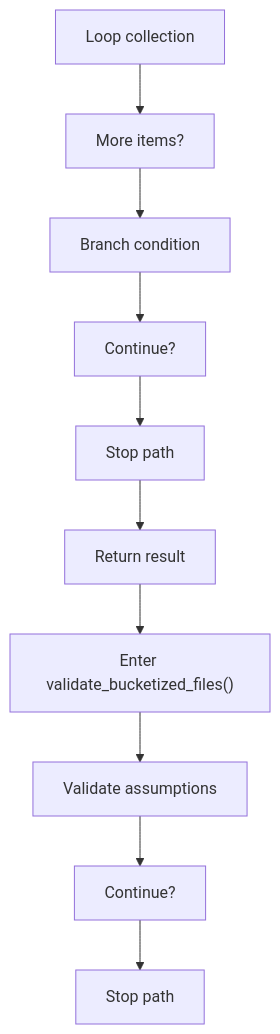
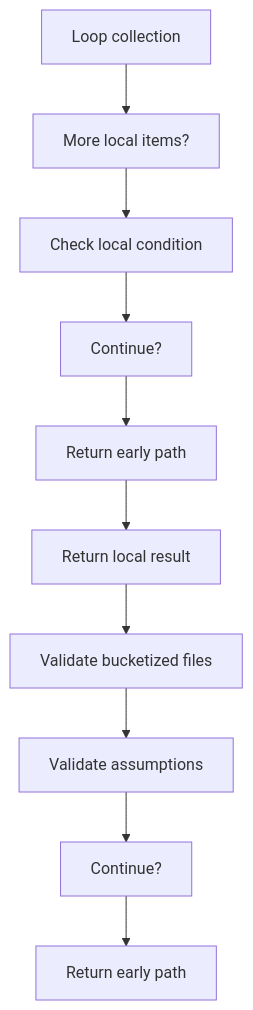
The third of 8 diagrams in docs/Codebase/Microservice/Modules/Source/OutputGeneration/UnitTestGeneration/Flow/algorithm_pipeline_program_flow_01.cpp.md (JohnAndrewBalbarosa/NeoTerritory), drawn with Mermaid before and after one commit. The commit also changed other lines of this file and 925 other files, not shown here.

````diff
--- a/docs/Codebase/Microservice/Modules/Source/OutputGeneration/UnitTestGeneration/Flow/algorithm_pipeline_program_flow_01.cpp.md
+++ b/docs/Codebase/Microservice/Modules/Source/OutputGeneration/UnitTestGeneration/Flow/algorithm_pipeline_program_flow_01.cpp.md
@@ -67,22 +67,22 @@
 ```mermaid
 flowchart TD
     N0["Loop collection"]
-    N1["More items?"]
-    N2["Branch condition"]
+    N1["More local items?"]
+    N2["Check local condition"]
     N3["Continue?"]
-    N4["Stop path"]
-    N5["Return result"]
-    N6["Enter validate_bucketized_files()"]
+    N4["Return early path"]
+    N5["Return local result"]
+    N6["Validate bucketized files"]
     N7["Validate assumptions"]
     N8["Continue?"]
-    N9["Stop path"]
+    N9["Return early path"]
     N0 --> N1
     N1 --> N2
     N2 --> N3
     N3 --> N4
     N4 --> N5
     N5 --> N6
     N6 --> N7
     N7 --> N8
     N8 --> N9
 ```
````
